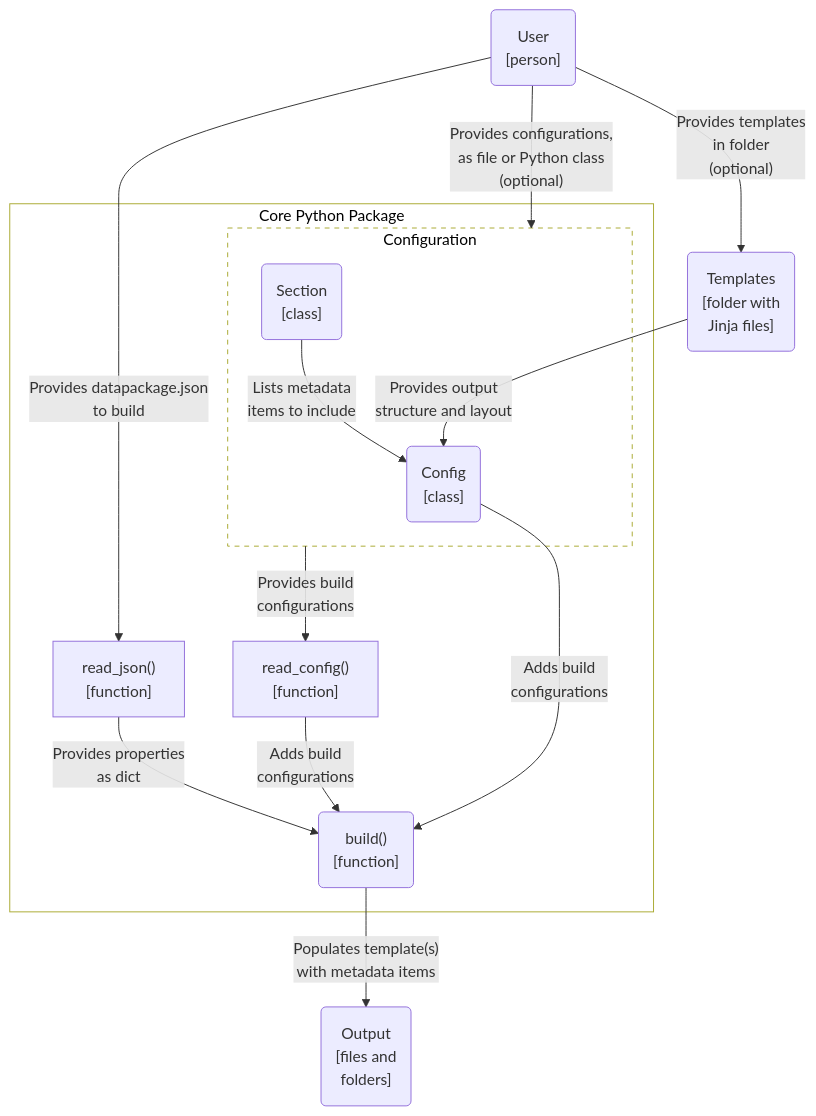
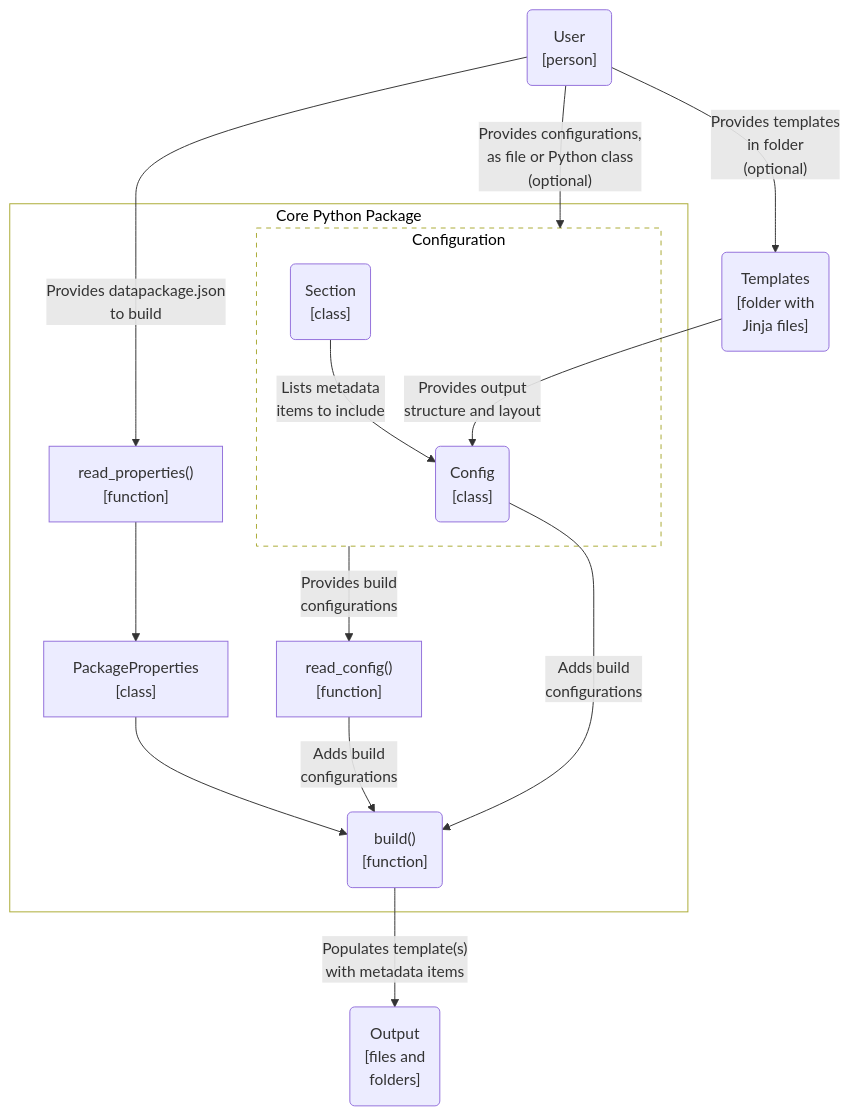
The third of 3 diagrams in docs/design/architecture.qmd (seedcase-project/seedcase-flower), drawn with Mermaid before and after one commit. The commit also changed 2 other files, not shown here.

Commit message:
docs: :building_construction: explain about using Sprout `read_properties()`

````diff
--- a/docs/design/architecture.qmd
+++ b/docs/design/architecture.qmd
@@ -235,38 +235,40 @@
 ```{mermaid}
 %%| label: fig-c4-component
 %%| fig-cap: "C4 component diagram showing the parts of the Python package and their connections."
 flowchart
 
     subgraph python_package["Core Python Package"]
 
         subgraph config_file["Configuration"]
             config("Config<br>[class]")
             section("Section<br>[class]")
         end
 
         read_config["read_config()<br>[function]"]
-        read_json["read_json()<br>[function]"]
+        read_properties["read_properties()<br>[function]"]
+        properties["PackageProperties<br>[class]"]
         build("build()<br>[function]")
 
         section --"Lists metadata<br>items to include"--> config
         config_file -- "Provides build<br>configurations" --> read_config
 
-        read_json --"Provides properties<br>as dict"--> build
+        read_properties --> properties
+        properties --> build
         read_config -- "Adds build<br>configurations" --> build
         config --"Adds build<br>configurations"--> build
     end
 
     templates("Templates<br>[folder with<br>Jinja files]")
     user("User<br>[person]")
     output("Output<br>[files and<br>folders]")
 
     templates --"Provides output<br>structure and layout"--> config
-    user --"Provides datapackage.json<br>to build"--> read_json
+    user --"Provides datapackage.json<br>to build"--> read_properties
     user --"Provides configurations,<br>as file or Python class<br>(optional)"--> config_file
     user --"Provides templates<br>in folder<br>(optional)"--> templates
     build --"Populates template(s)<br>with metadata items"--> output
 
     %% Styling
     style python_package fill:#FFFFFF, color:#000000
     style config_file fill:#FFFFFF, color:#000000, stroke-dasharray: 5 5
 ```
````
